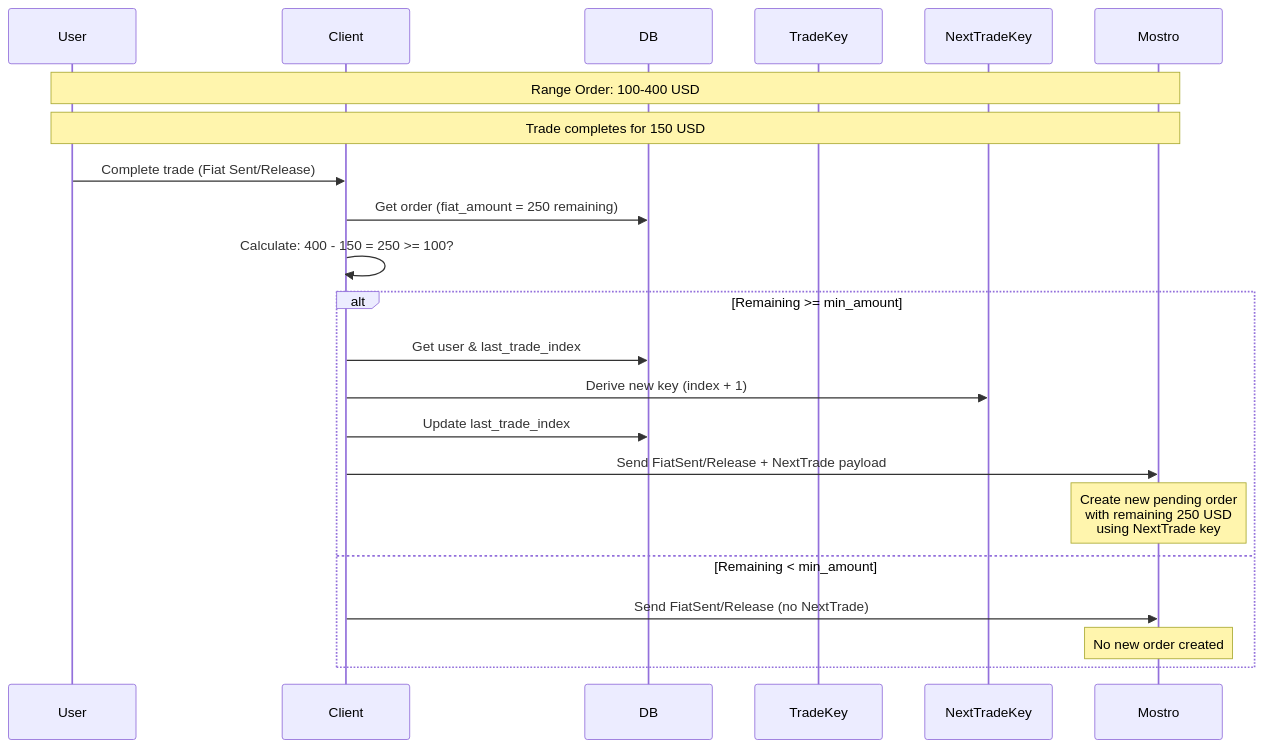
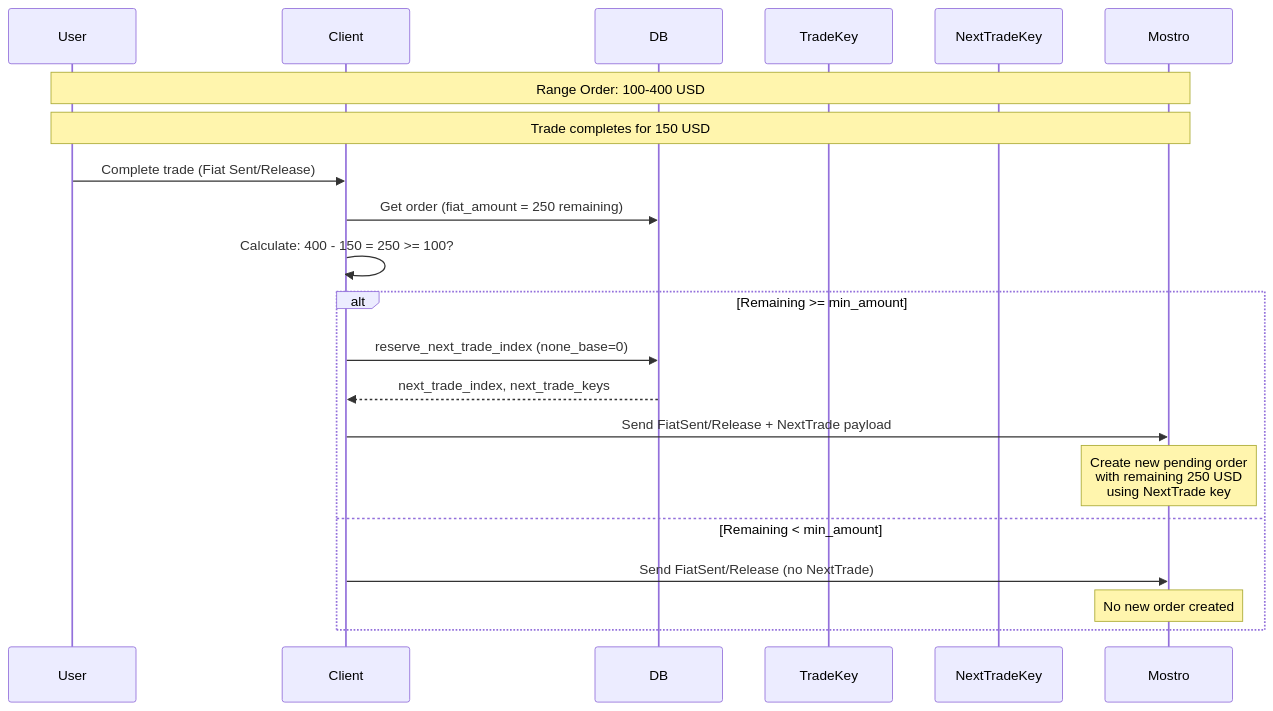
The diagram in docs/RANGE_ORDERS.md (MostroP2P/mostrix), drawn with Mermaid before and after one commit. The commit also changed other lines of this file and 9 other files, not shown here.

First line of the commit message:
fix(security): propagate trade-index DB errors and reserve atomically (MOSTRO-082)

````diff
--- a/docs/RANGE_ORDERS.md
+++ b/docs/RANGE_ORDERS.md
@@ -69,25 +52,24 @@
 ```mermaid
 sequenceDiagram
     participant User
     participant Client
     participant DB
     participant TradeKey
     participant NextTradeKey
     participant Mostro
 
     Note over User,Mostro: Range Order: 100-400 USD
     Note over User,Mostro: Trade completes for 150 USD
     User->>Client: Complete trade (Fiat Sent/Release)
     Client->>DB: Get order (fiat_amount = 250 remaining)
     Client->>Client: Calculate: 400 - 150 = 250 >= 100?
     alt Remaining >= min_amount
-        Client->>DB: Get user & last_trade_index
-        Client->>NextTradeKey: Derive new key (index + 1)
-        Client->>DB: Update last_trade_index
+        Client->>DB: reserve_next_trade_index (none_base=0)
+        DB-->>Client: next_trade_index, next_trade_keys
         Client->>Mostro: Send FiatSent/Release + NextTrade payload
         Note over Mostro: Create new pending order<br/>with remaining 250 USD<br/>using NextTrade key
     else Remaining < min_amount
         Client->>Mostro: Send FiatSent/Release (no NextTrade)
         Note over Mostro: No new order created
     end
 ```
````
